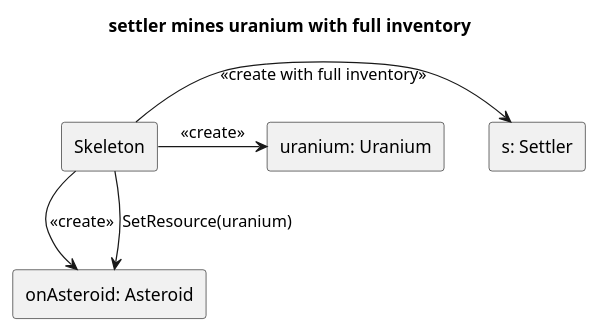
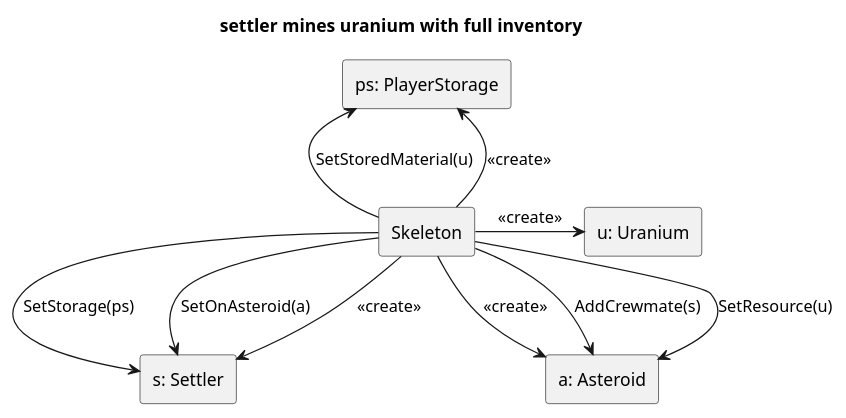
The diagram in uml/plantuml/settler mines uranium with full inventory/settler mines uranium with full inventory init.plantuml (triszt4n/projlab_holy_oil), drawn with PlantUML before and after one commit. The commit also changed 11 other files, not shown here.

```diff
--- a/uml/plantuml/settler mines uranium with full inventory/settler mines uranium with full inventory init.plantuml
+++ b/uml/plantuml/settler mines uranium with full inventory/settler mines uranium with full inventory init.plantuml
@@ -1,19 +1,25 @@
 @startuml
 
 skinparam SequenceLifeLineBackgroundColor LightYellow
 
 title "settler mines uranium with full inventory"
 
 rectangle "s: Settler" as settler
-rectangle "onAsteroid: Asteroid" as onAsteroid
-rectangle "uranium: Uranium" as uranium
+rectangle "a: Asteroid" as onAsteroid
+rectangle "u: Uranium" as uranium
 rectangle "Skeleton" as skeleton
+rectangle "ps: PlayerStorage" as storage
 
-skeleton->settler : <<create with full inventory>>
+skeleton->settler : <<create>>
 skeleton->onAsteroid: <<create>>
 skeleton->uranium: <<create>>
+skeleton->storage: <<create>>
 
-skeleton-down->onAsteroid: SetResource(uranium)
+skeleton-down->onAsteroid: SetResource(u)
+skeleton-up->settler: SetOnAsteroid(a)
+skeleton-up->storage: SetStoredMaterial(u)
+skeleton->onAsteroid: AddCrewmate(s)
+skeleton->settler: SetStorage(ps)
 
 
 @enduml
```
